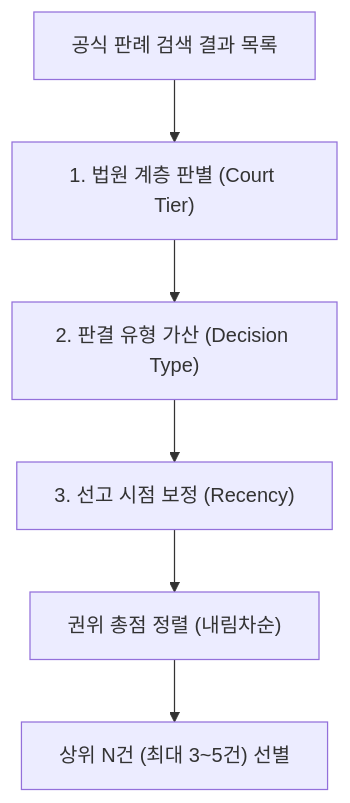
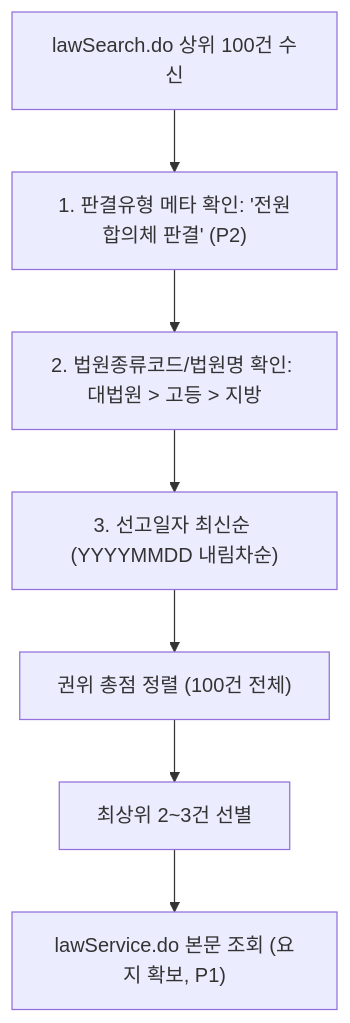
One commit to stevelee0119/ACASia_LAW changed the diagram in docs/handoff/requests/TK-138_related_precedents_design_memo.md. Above: the diagram before and after it, drawn with Mermaid. The commit also changed other lines of this file, not shown here.

````diff
--- a/docs/handoff/requests/TK-138_related_precedents_design_memo.md
+++ b/docs/handoff/requests/TK-138_related_precedents_design_memo.md
@@ -42,8 +73,9 @@
 ```mermaid
 flowchart TD
-    A["공식 판례 검색 결과 목록"] --> B["1. 법원 계층 판별 (Court Tier)"]
-    B --> C["2. 판결 유형 가산 (Decision Type)"]
-    C --> D["3. 선고 시점 보정 (Recency)"]
-    D --> E["권위 총점 정렬 (내림차순)"]
-    E --> F["상위 N건 (최대 3~5건) 선별"]
+    A["lawSearch.do 상위 100건 수신"] --> B["1. 판결유형 메타 확인: '전원합의체 판결' (P2)"]
+    B --> C["2. 법원종류코드/법원명 확인: 대법원 > 고등 > 지방"]
+    C --> D["3. 선고일자 최신순 (YYYYMMDD 내림차순)"]
+    D --> E["권위 총점 정렬 (100건 전체)"]
+    E --> F["최상위 2~3건 선별"]
+    F --> G["lawService.do 본문 조회 (요지 확보, P1)"]
 ```
````
